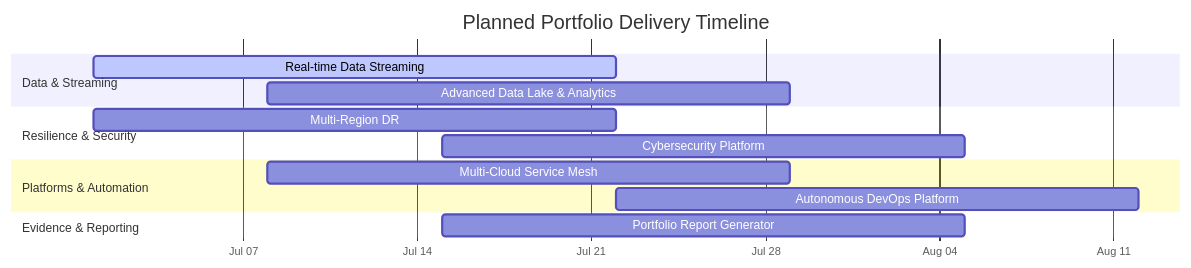
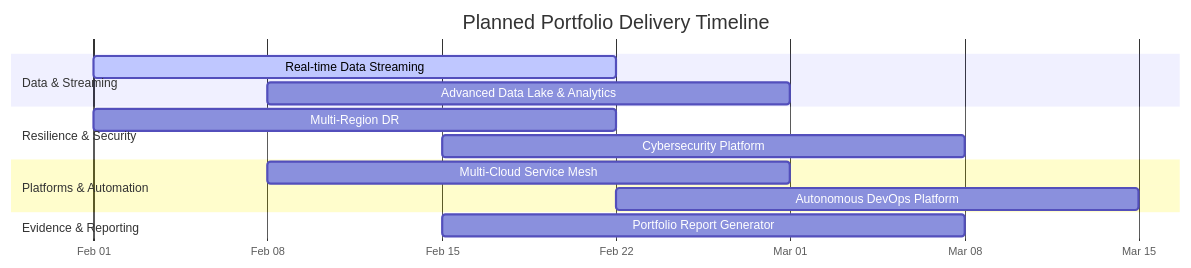
Before and after one commit to samueljackson-collab/Samueljackson-collab: the first of 28 diagrams in README.md, drawn with Mermaid. The commit also changed other lines of this file, not shown here.

Commit message:
Fix Mermaid diagrams: update Gantt dates to 2026 and add missing blank line

````diff
--- a/README.md
+++ b/README.md
@@ -195,21 +195,21 @@
 ```mermaid
 gantt
     title Planned Portfolio Delivery Timeline
     dateFormat  YYYY-MM-DD
     axisFormat  %b %d
 
     section Data & Streaming
-    Real-time Data Streaming       :active, stream_p0, 2024-07-01, 21d
-    Advanced Data Lake & Analytics :datalake_p0, 2024-07-08, 21d
+    Real-time Data Streaming       :active, stream_p0, 2026-02-01, 21d
+    Advanced Data Lake & Analytics :datalake_p0, 2026-02-08, 21d
 
     section Resilience & Security
-    Multi-Region DR                :dr_p0, 2024-07-01, 21d
-    Cybersecurity Platform         :detection_p0, 2024-07-15, 21d
+    Multi-Region DR                :dr_p0, 2026-02-01, 21d
+    Cybersecurity Platform         :detection_p0, 2026-02-15, 21d
 
     section Platforms & Automation
-    Multi-Cloud Service Mesh       :mesh_p0, 2024-07-08, 21d
-    Autonomous DevOps Platform     :auto_p0, 2024-07-22, 21d
+    Multi-Cloud Service Mesh       :mesh_p0, 2026-02-08, 21d
+    Autonomous DevOps Platform     :auto_p0, 2026-02-22, 21d
 
     section Evidence & Reporting
-    Portfolio Report Generator     :report_p0, 2024-07-15, 21d
+    Portfolio Report Generator     :report_p0, 2026-02-15, 21d
 ```
````
